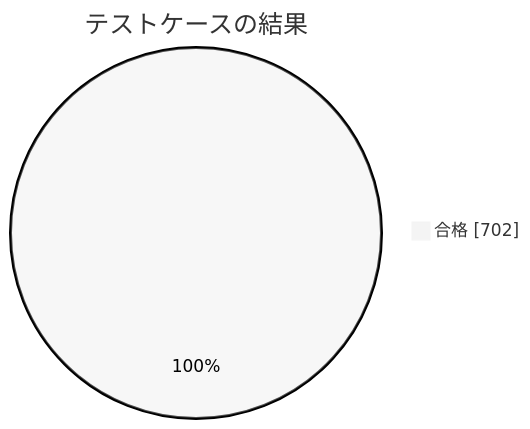
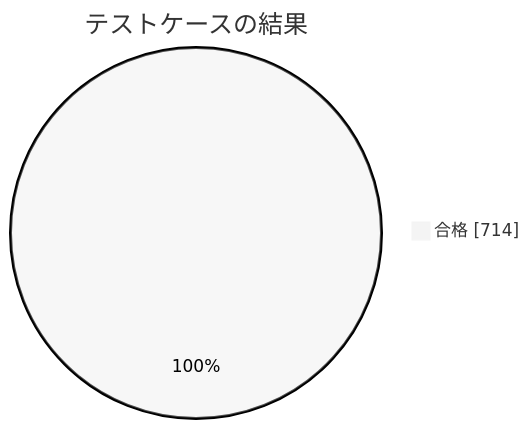
The second of 3 diagrams in documents/モジュールテスト結果報告書_RPG学習アプリ.md (pocarialice/rpglearning), drawn with Mermaid (neutral theme) before and after one commit. The commit also changed other lines of this file and 1 other file, not shown here.

````diff
--- a/documents/モジュールテスト結果報告書_RPG学習アプリ.md
+++ b/documents/モジュールテスト結果報告書_RPG学習アプリ.md
@@ -64,4 +64,4 @@
 ```mermaid
 pie showData title テストケースの結果
-  "合格" : 702
+  "合格" : 714
 ```
````
